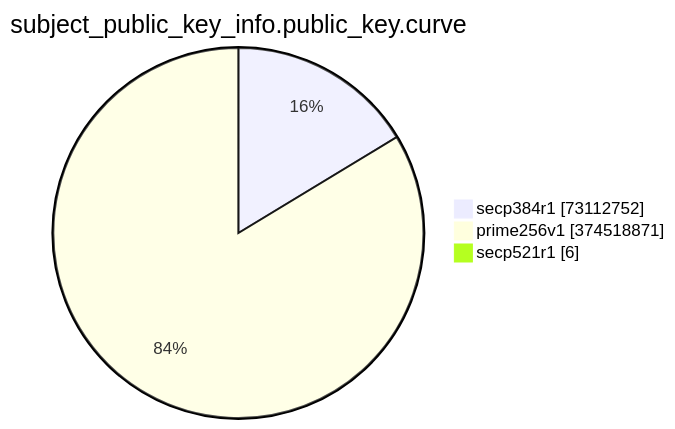
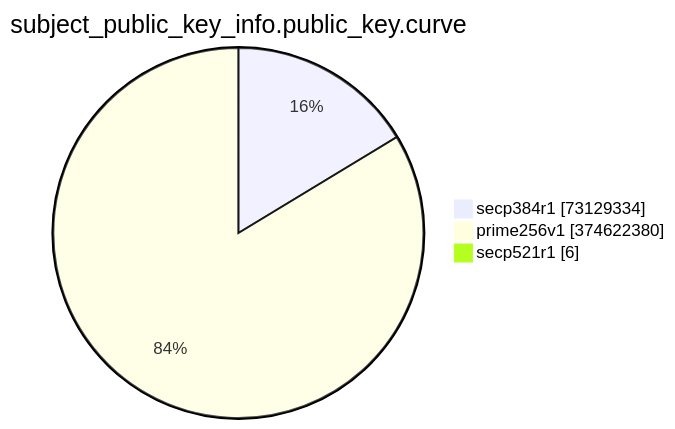
Before and after one commit to christiankrug/ctmonitor_visualization: the eighth of 15 diagrams in TOTAL/README.md, drawn with Mermaid. The commit also changed other lines of this file, not shown here.

````diff
--- a/TOTAL/README.md
+++ b/TOTAL/README.md
@@ -3092,7 +3092,7 @@
 ```mermaid
 pie showData
 title subject_public_key_info.public_key.curve
-"secp384r1" :73112752
-"prime256v1" :374518871
+"secp384r1" :73129334
+"prime256v1" :374622380
 "secp521r1" :6
 ```
````
